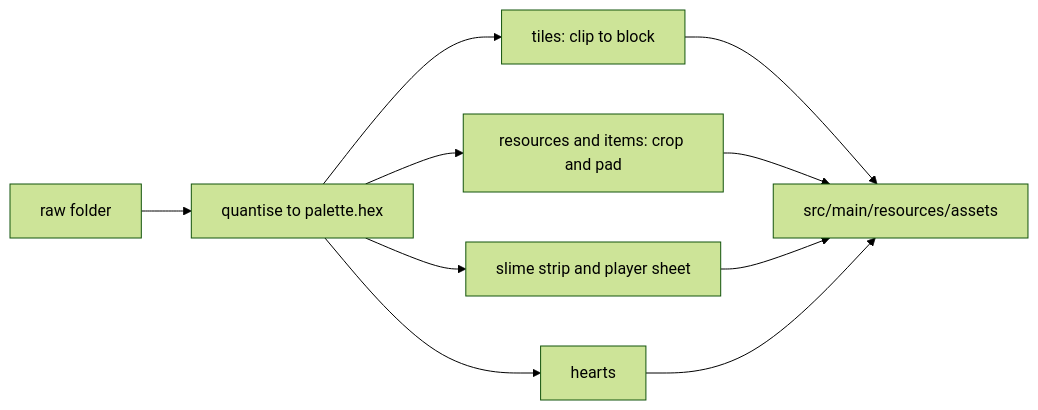
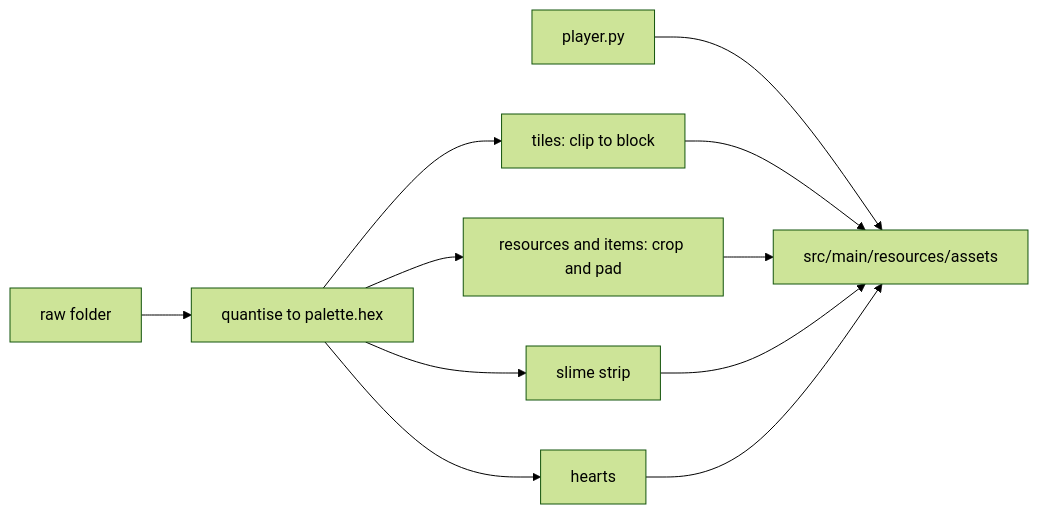
One commit to kfeuerschvenger/perlinsedge changed the first of 2 diagrams in tools/pixelart/README.md. Above: the diagram before and after it, drawn with Mermaid (forest theme). The commit also changed other lines of this file and 7 other files, not shown here.

First line of the commit message:
feat(player): draw a minimal white player sheet from a script

````diff
--- a/tools/pixelart/README.md
+++ b/tools/pixelart/README.md
@@ -13,12 +13,13 @@
 ```mermaid
 flowchart LR
   R[raw folder] --> Q[quantise to palette.hex]
   Q --> T[tiles: clip to block]
   Q --> S[resources and items: crop and pad]
-  Q --> E[slime strip and player sheet]
+  Q --> E[slime strip]
+  P[player.py] --> O
   Q --> G[hearts]
   T --> O[src/main/resources/assets]
   S --> O
   E --> O
   G --> O
 ```
````
